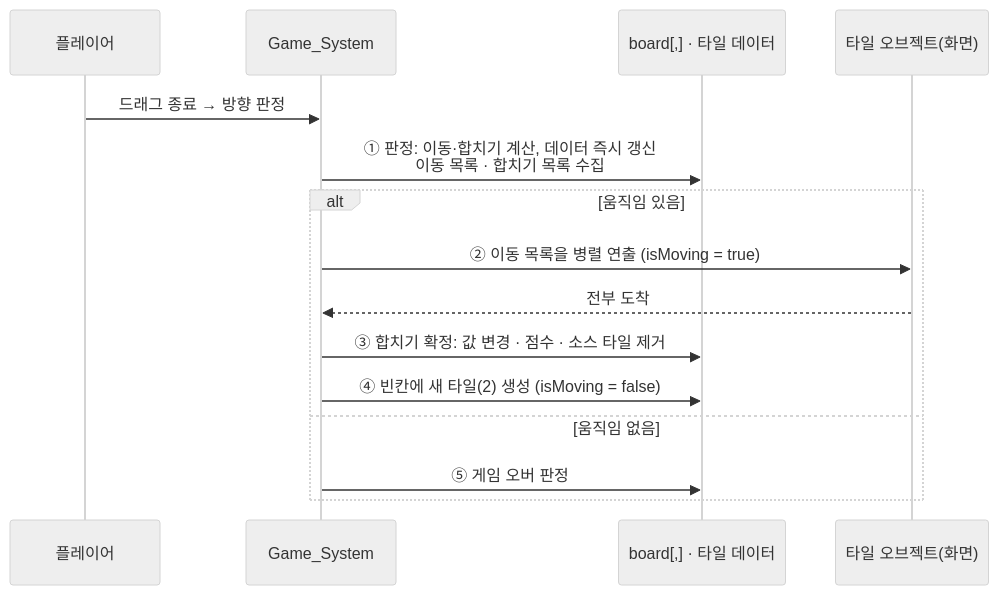
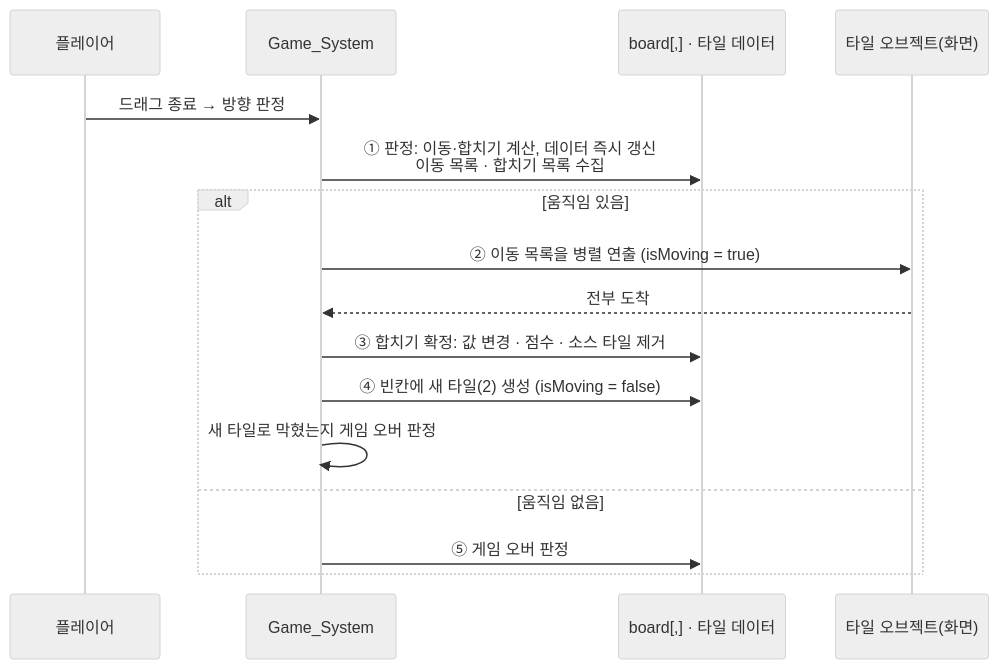
One commit to NaJungWon/portfolio changed the third of 6 diagrams in src/05-meow2048/기술문서.md. Above: the diagram before and after it, drawn with Mermaid. The commit also changed other lines of this file and 5 other files, not shown here.

````diff
--- a/src/05-meow2048/기술문서.md
+++ b/src/05-meow2048/기술문서.md
@@ -179,18 +179,19 @@
 ```mermaid
 %%{init: {'theme':'neutral'}}%%
 sequenceDiagram
     participant P as 플레이어
     participant G as Game_System
     participant B as board[,] · 타일 데이터
     participant T as 타일 오브젝트(화면)
     P->>G: 드래그 종료 → 방향 판정
     G->>B: ① 판정: 이동·합치기 계산, 데이터 즉시 갱신<br/>이동 목록 · 합치기 목록 수집
     alt 움직임 있음
         G->>T: ② 이동 목록을 병렬 연출 (isMoving = true)
         T-->>G: 전부 도착
         G->>B: ③ 합치기 확정: 값 변경 · 점수 · 소스 타일 제거
         G->>B: ④ 빈칸에 새 타일(2) 생성 (isMoving = false)
+        G->>G: 새 타일로 막혔는지 게임 오버 판정
     else 움직임 없음
         G->>B: ⑤ 게임 오버 판정
     end
 ```
````
